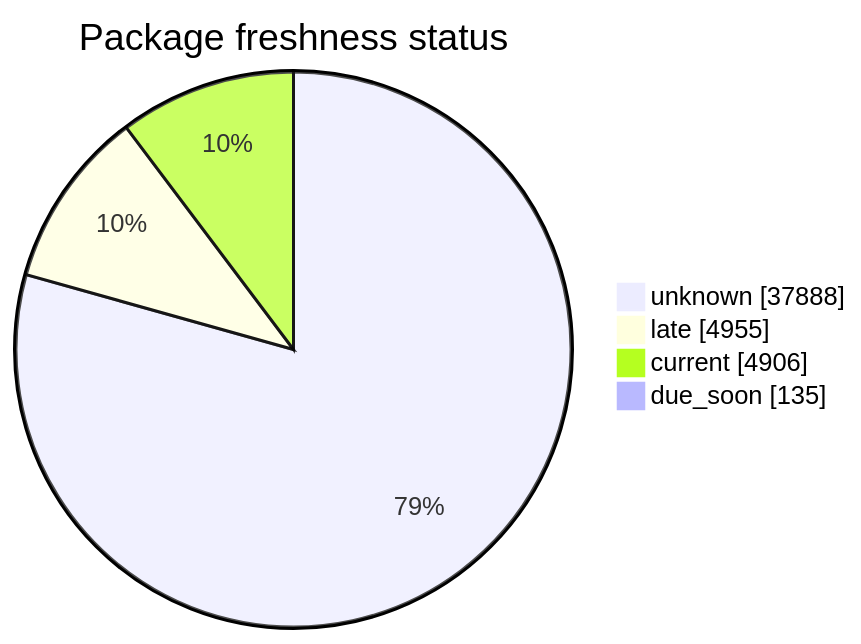
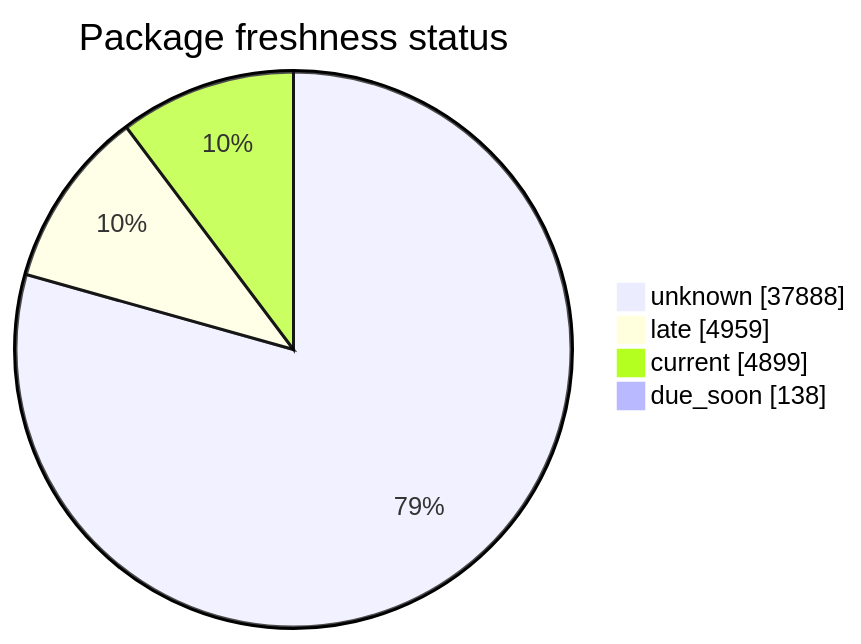
The second of 5 diagrams in FreshCheck/README.md (open-data/analytics-corporate-reporting), drawn with Mermaid before and after one commit. The commit also changed other lines of this file and 3 other files, not shown here.

````diff
--- a/FreshCheck/README.md
+++ b/FreshCheck/README.md
@@ -68,7 +68,7 @@
 ```mermaid
 pie showData title Package freshness status
     "unknown": 37888
-    "late": 4955
-    "current": 4906
-    "due_soon": 135
+    "late": 4959
+    "current": 4899
+    "due_soon": 138
 ```
````
